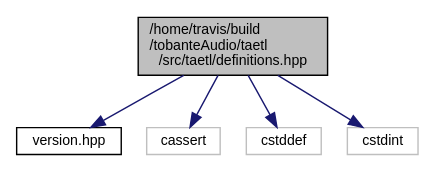
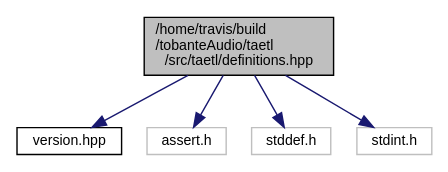
The diagram in definitions_8hpp__incl.dot (tobanteAudio/taetl), drawn with Graphviz before and after one commit. The commit also changed 19 other files, not shown here.

```diff
--- a/definitions_8hpp__incl.dot
+++ b/definitions_8hpp__incl.dot
@@ -1,14 +1,14 @@
 digraph "/home/travis/build/tobanteAudio/taetl/src/taetl/definitions.hpp"
 {
   edge [fontname="Helvetica",fontsize="10",labelfontname="Helvetica",labelfontsize="10"];
   node [fontname="Helvetica",fontsize="10",shape=record];
   Node0 [label="/home/travis/build\l/tobanteAudio/taetl\l/src/taetl/definitions.hpp",height=0.2,width=0.4,color="black", fillcolor="grey75", style="filled", fontcolor="black"];
   Node0 -> Node1 [color="midnightblue",fontsize="10",style="solid",fontname="Helvetica"];
   Node1 [label="version.hpp",height=0.2,width=0.4,color="black", fillcolor="white", style="filled",URL="$version_8hpp.html"];
   Node0 -> Node2 [color="midnightblue",fontsize="10",style="solid",fontname="Helvetica"];
-  Node2 [label="cassert",height=0.2,width=0.4,color="grey75", fillcolor="white", style="filled"];
+  Node2 [label="assert.h",height=0.2,width=0.4,color="grey75", fillcolor="white", style="filled"];
   Node0 -> Node3 [color="midnightblue",fontsize="10",style="solid",fontname="Helvetica"];
-  Node3 [label="cstddef",height=0.2,width=0.4,color="grey75", fillcolor="white", style="filled"];
+  Node3 [label="stddef.h",height=0.2,width=0.4,color="grey75", fillcolor="white", style="filled"];
   Node0 -> Node4 [color="midnightblue",fontsize="10",style="solid",fontname="Helvetica"];
-  Node4 [label="cstdint",height=0.2,width=0.4,color="grey75", fillcolor="white", style="filled"];
+  Node4 [label="stdint.h",height=0.2,width=0.4,color="grey75", fillcolor="white", style="filled"];
 }
```
